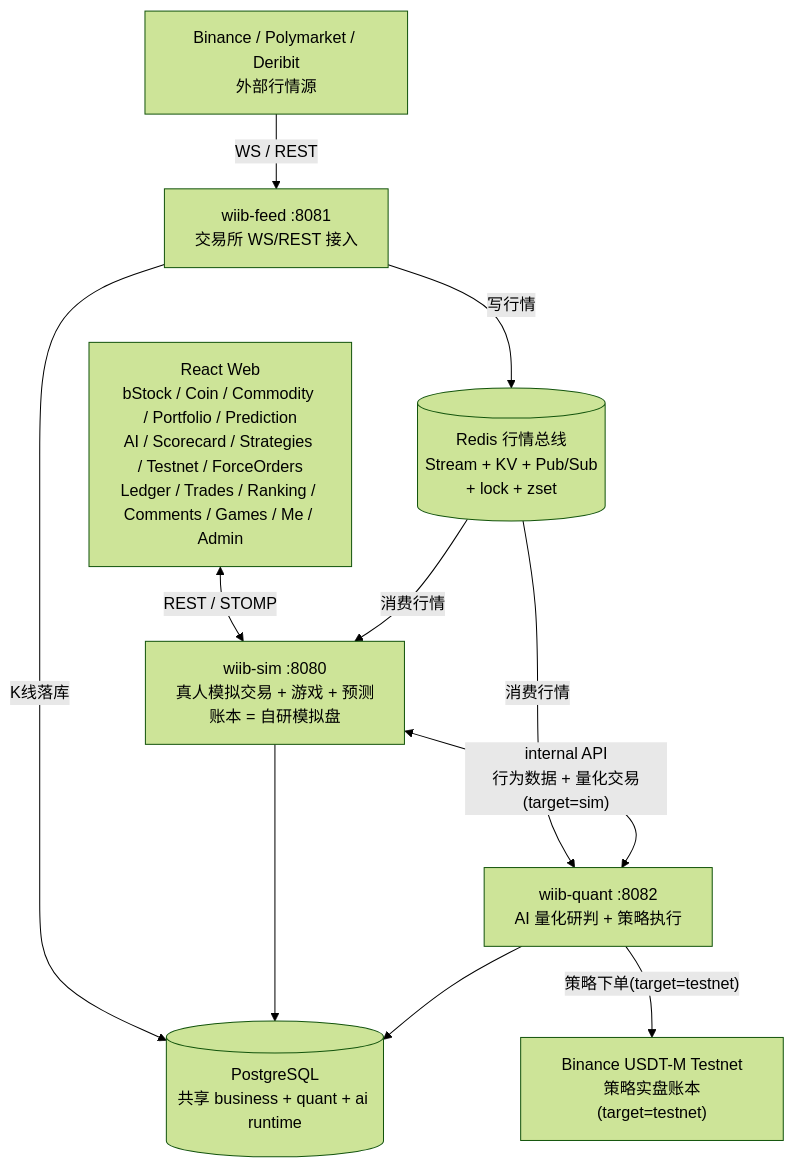
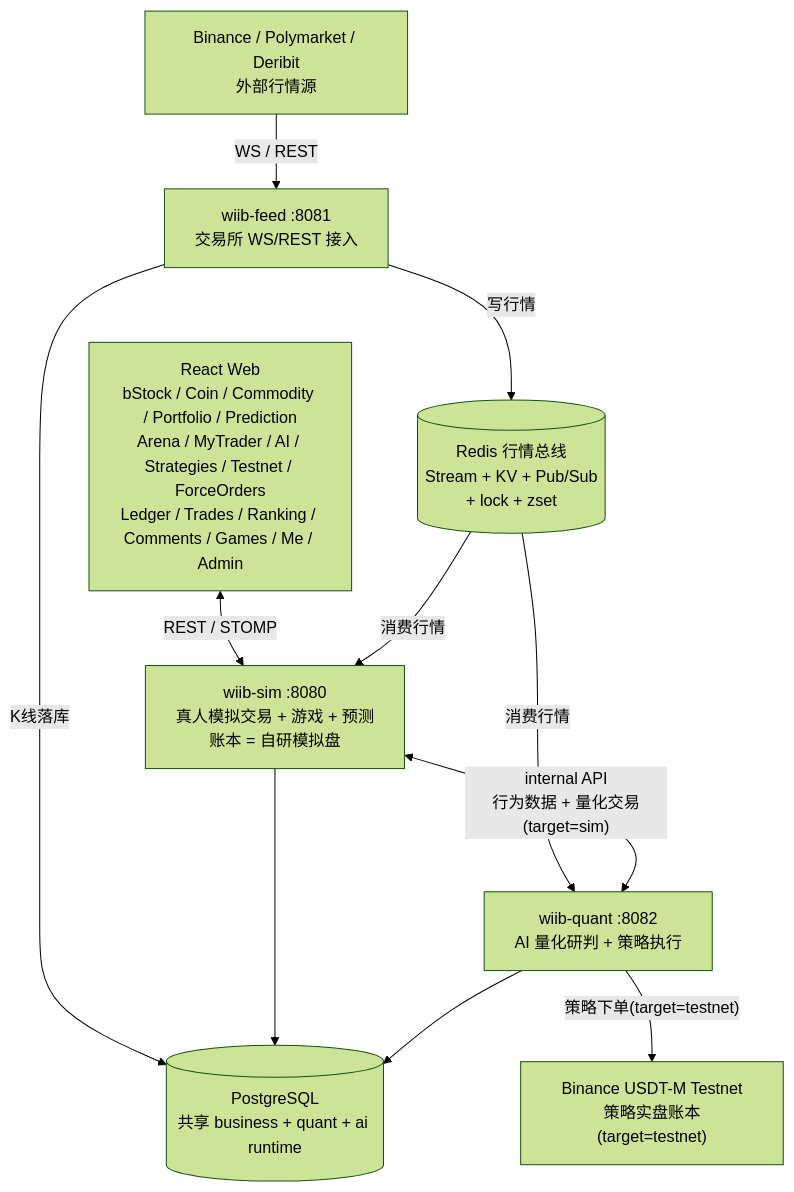
One commit to mamawai/wiib changed the first of 7 diagrams in README.md. Above: the diagram before and after it, drawn with Mermaid (forest theme). The commit also changed other lines of this file, not shown here.

````diff
--- a/README.md
+++ b/README.md
@@ -157,22 +159,22 @@
 ```mermaid
 flowchart TD
-    UI["React Web<br/>bStock / Coin / Commodity / Portfolio / Prediction<br/>AI / Scorecard / Strategies / Testnet / ForceOrders<br/>Ledger / Trades / Ranking / Comments / Games / Me / Admin"]
+    UI["React Web<br/>bStock / Coin / Commodity / Portfolio / Prediction<br/>Arena / MyTrader / AI / Strategies / Testnet / ForceOrders<br/>Ledger / Trades / Ranking / Comments / Games / Me / Admin"]
     EXC["Binance / Polymarket / Deribit<br/>外部行情源"]
     FEED["wiib-feed :8081<br/>交易所 WS/REST 接入"]
     SIM["wiib-sim :8080<br/>真人模拟交易 + 游戏 + 预测<br/>账本 = 自研模拟盘"]
     QUANT["wiib-quant :8082<br/>AI 量化研判 + 策略执行"]
     DB[("PostgreSQL<br/>共享 business + quant + ai runtime")]
     REDIS[("Redis 行情总线<br/>Stream + KV + Pub/Sub<br/>+ lock + zset")]
     TESTNET["Binance USDT-M Testnet<br/>策略实盘账本(target=testnet)"]
 
     EXC -->|WS / REST| FEED
     FEED -->|写行情| REDIS
     FEED -->|K线落库| DB
     UI <-->|REST / STOMP| SIM
     REDIS -->|消费行情| SIM
     REDIS -->|消费行情| QUANT
     SIM --> DB
     QUANT --> DB
     SIM <-->|"internal API<br/>行为数据 + 量化交易(target=sim)"| QUANT
     QUANT -->|"策略下单(target=testnet)"| TESTNET
 ```
````
